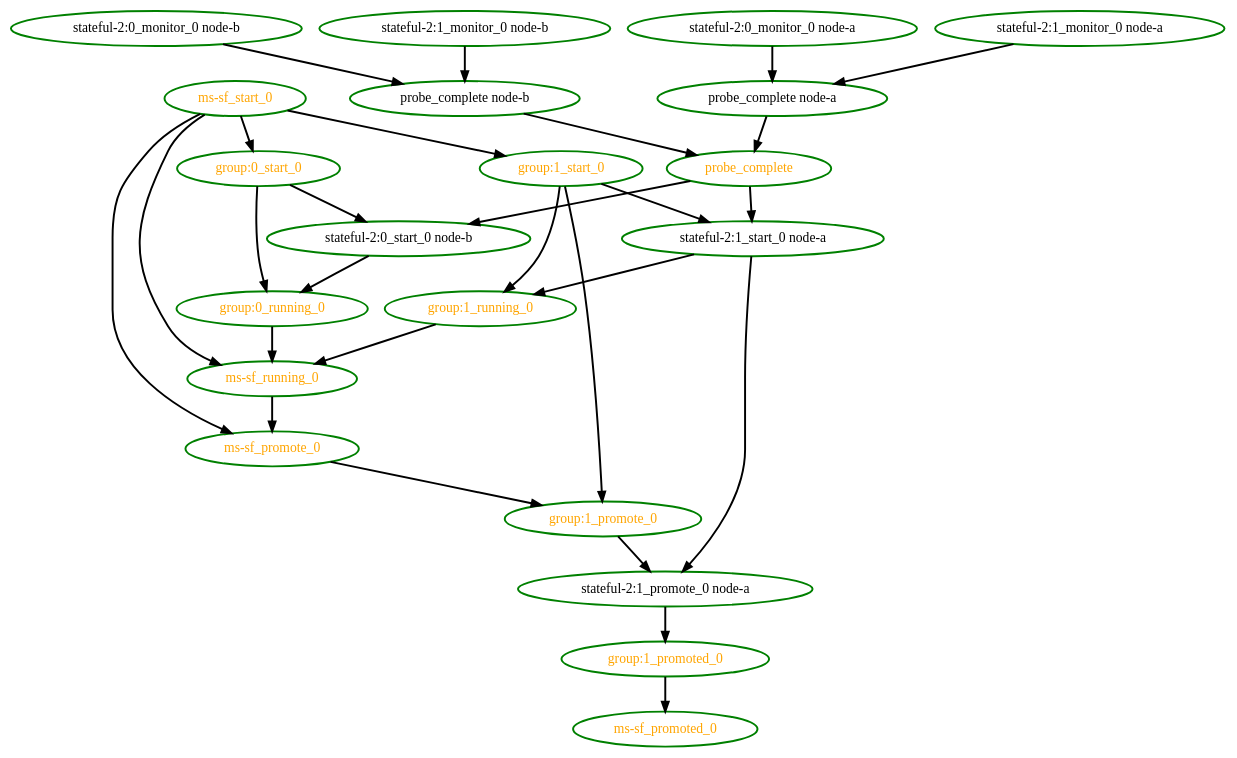
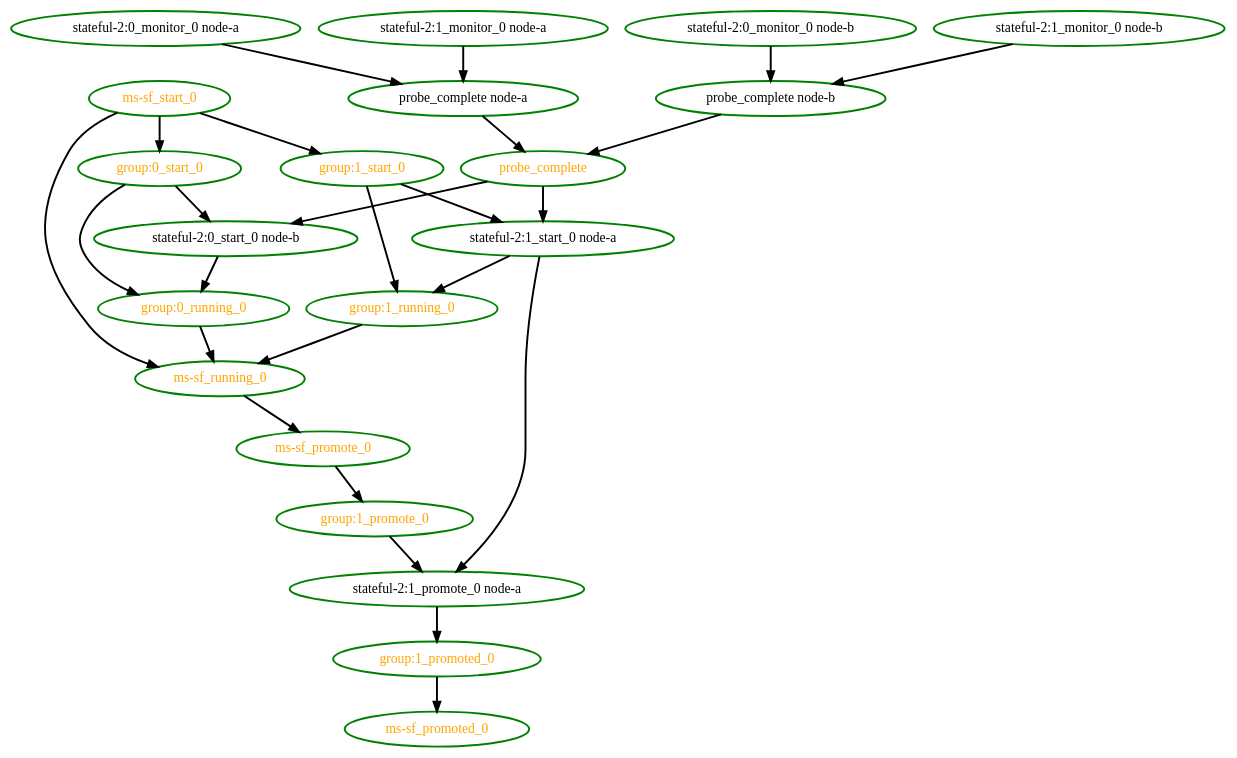
The diagram in pengine/test10/bug-pm-11.dot (ClusterLabs/pacemaker), drawn with Graphviz before and after one commit. The commit also changed 370 other files, not shown here.

```diff
--- a/pengine/test10/bug-pm-11.dot
+++ b/pengine/test10/bug-pm-11.dot
@@ -1,49 +1,47 @@
 digraph "g" {
 "group:0_running_0" -> "ms-sf_running_0" [ style = bold]
 "group:0_running_0" [ style=bold color="green" fontcolor="orange"  ]
 "group:0_start_0" -> "group:0_running_0" [ style = bold]
 "group:0_start_0" -> "stateful-2:0_start_0 node-b" [ style = bold]
 "group:0_start_0" [ style=bold color="green" fontcolor="orange"  ]
 "group:1_promote_0" -> "stateful-2:1_promote_0 node-a" [ style = bold]
 "group:1_promote_0" [ style=bold color="green" fontcolor="orange"  ]
 "group:1_promoted_0" -> "ms-sf_promoted_0" [ style = bold]
 "group:1_promoted_0" [ style=bold color="green" fontcolor="orange"  ]
 "group:1_running_0" -> "ms-sf_running_0" [ style = bold]
 "group:1_running_0" [ style=bold color="green" fontcolor="orange"  ]
-"group:1_start_0" -> "group:1_promote_0" [ style = bold]
 "group:1_start_0" -> "group:1_running_0" [ style = bold]
 "group:1_start_0" -> "stateful-2:1_start_0 node-a" [ style = bold]
 "group:1_start_0" [ style=bold color="green" fontcolor="orange"  ]
 "ms-sf_promote_0" -> "group:1_promote_0" [ style = bold]
 "ms-sf_promote_0" [ style=bold color="green" fontcolor="orange"  ]
 "ms-sf_promoted_0" [ style=bold color="green" fontcolor="orange"  ]
 "ms-sf_running_0" -> "ms-sf_promote_0" [ style = bold]
 "ms-sf_running_0" [ style=bold color="green" fontcolor="orange"  ]
 "ms-sf_start_0" -> "group:0_start_0" [ style = bold]
 "ms-sf_start_0" -> "group:1_start_0" [ style = bold]
-"ms-sf_start_0" -> "ms-sf_promote_0" [ style = bold]
 "ms-sf_start_0" -> "ms-sf_running_0" [ style = bold]
 "ms-sf_start_0" [ style=bold color="green" fontcolor="orange"  ]
 "probe_complete node-a" -> "probe_complete" [ style = bold]
 "probe_complete node-a" [ style=bold color="green" fontcolor="black"  ]
 "probe_complete node-b" -> "probe_complete" [ style = bold]
 "probe_complete node-b" [ style=bold color="green" fontcolor="black"  ]
 "probe_complete" -> "stateful-2:0_start_0 node-b" [ style = bold]
 "probe_complete" -> "stateful-2:1_start_0 node-a" [ style = bold]
 "probe_complete" [ style=bold color="green" fontcolor="orange"  ]
 "stateful-2:0_monitor_0 node-a" -> "probe_complete node-a" [ style = bold]
 "stateful-2:0_monitor_0 node-a" [ style=bold color="green" fontcolor="black"  ]
 "stateful-2:0_monitor_0 node-b" -> "probe_complete node-b" [ style = bold]
 "stateful-2:0_monitor_0 node-b" [ style=bold color="green" fontcolor="black"  ]
 "stateful-2:0_start_0 node-b" -> "group:0_running_0" [ style = bold]
 "stateful-2:0_start_0 node-b" [ style=bold color="green" fontcolor="black"  ]
 "stateful-2:1_monitor_0 node-a" -> "probe_complete node-a" [ style = bold]
 "stateful-2:1_monitor_0 node-a" [ style=bold color="green" fontcolor="black"  ]
 "stateful-2:1_monitor_0 node-b" -> "probe_complete node-b" [ style = bold]
 "stateful-2:1_monitor_0 node-b" [ style=bold color="green" fontcolor="black"  ]
 "stateful-2:1_promote_0 node-a" -> "group:1_promoted_0" [ style = bold]
 "stateful-2:1_promote_0 node-a" [ style=bold color="green" fontcolor="black"  ]
 "stateful-2:1_start_0 node-a" -> "group:1_running_0" [ style = bold]
 "stateful-2:1_start_0 node-a" -> "stateful-2:1_promote_0 node-a" [ style = bold]
 "stateful-2:1_start_0 node-a" [ style=bold color="green" fontcolor="black"  ]
 }
```
